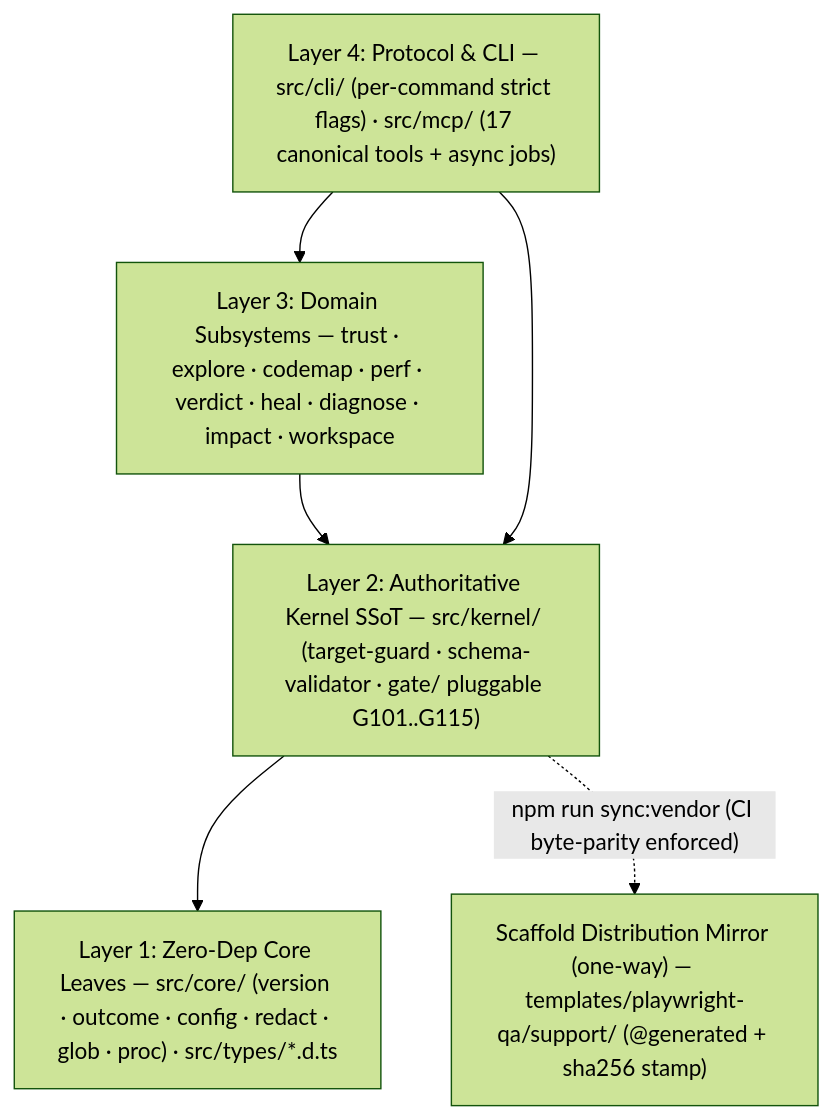
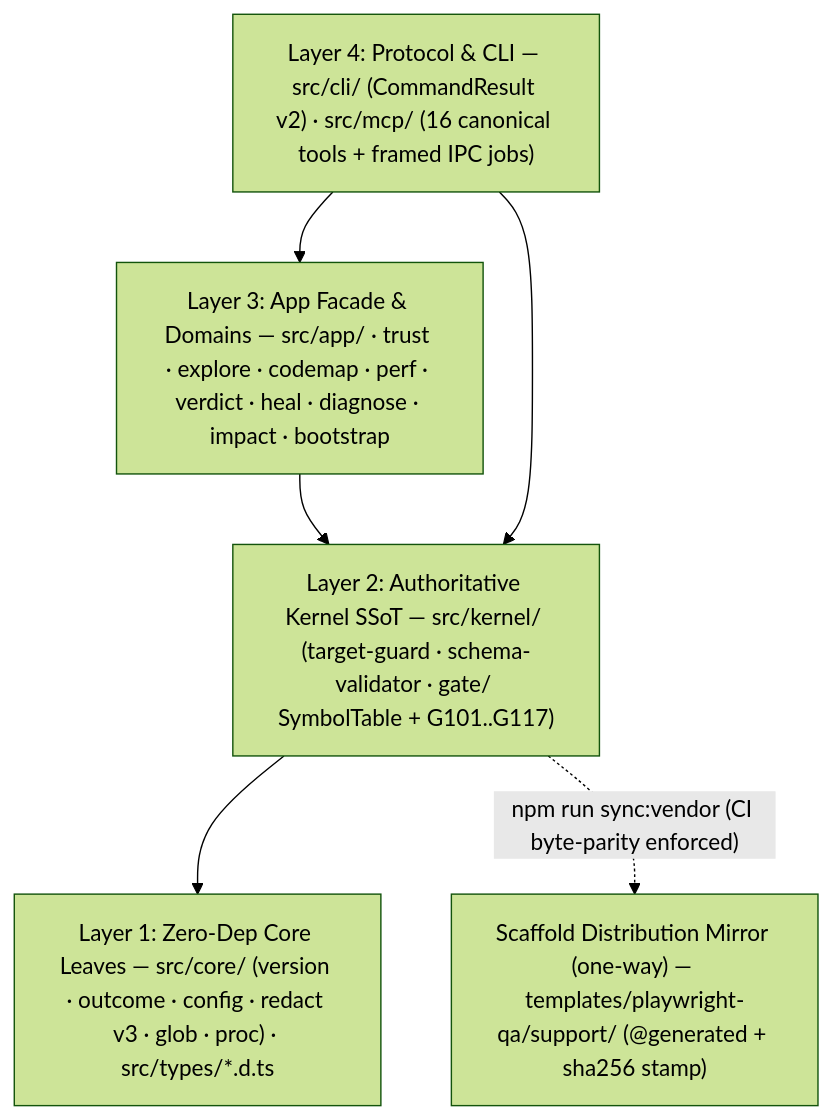
The diagram in README.en.md (seaworld008/ai-test-workbench), drawn with Mermaid (forest theme) before and after one commit. The commit also changed other lines of this file and 248 other files, not shown here.

````diff
--- a/README.en.md
+++ b/README.en.md
@@ -84,12 +84,12 @@
 ```mermaid
 flowchart TB
-    L4["Layer 4: Protocol & CLI — src/cli/ (per-command strict flags) · src/mcp/ (17 canonical tools + async jobs)"]
-    L3["Layer 3: Domain Subsystems — trust · explore · codemap · perf · verdict · heal · diagnose · impact · workspace"]
-    L2["Layer 2: Authoritative Kernel SSoT — src/kernel/ (target-guard · schema-validator · gate/ pluggable G101..G115)"]
-    L1["Layer 1: Zero-Dep Core Leaves — src/core/ (version · outcome · config · redact · glob · proc) · src/types/*.d.ts"]
+    L4["Layer 4: Protocol & CLI — src/cli/ (CommandResult v2) · src/mcp/ (16 canonical tools + framed IPC jobs)"]
+    L3["Layer 3: App Facade & Domains — src/app/ · trust · explore · codemap · perf · verdict · heal · diagnose · impact · bootstrap"]
+    L2["Layer 2: Authoritative Kernel SSoT — src/kernel/ (target-guard · schema-validator · gate/ SymbolTable + G101..G117)"]
+    L1["Layer 1: Zero-Dep Core Leaves — src/core/ (version · outcome · config · redact v3 · glob · proc) · src/types/*.d.ts"]
     TPL["Scaffold Distribution Mirror (one-way) — templates/playwright-qa/support/ (@generated + sha256 stamp)"]
 
     L4 --> L3 --> L2 --> L1
     L4 --> L2
     L2 -. "npm run sync:vendor (CI byte-parity enforced)" .-> TPL
 ```
````
